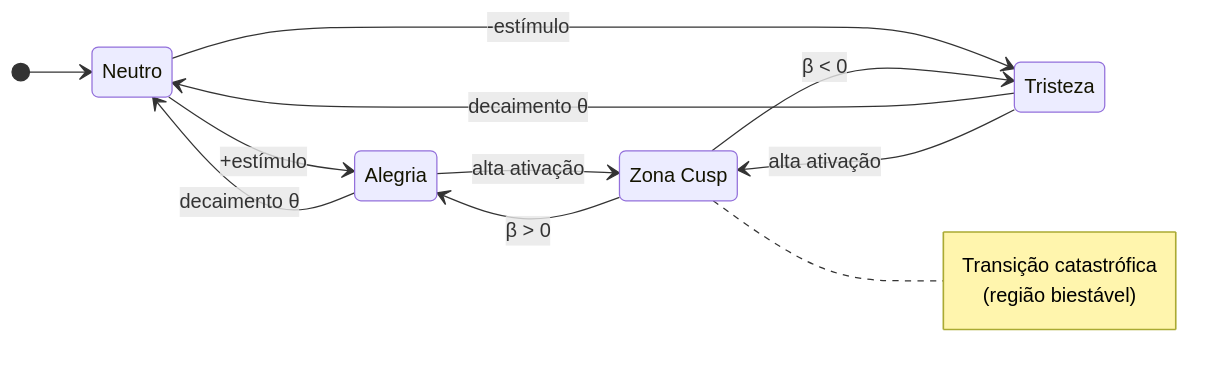
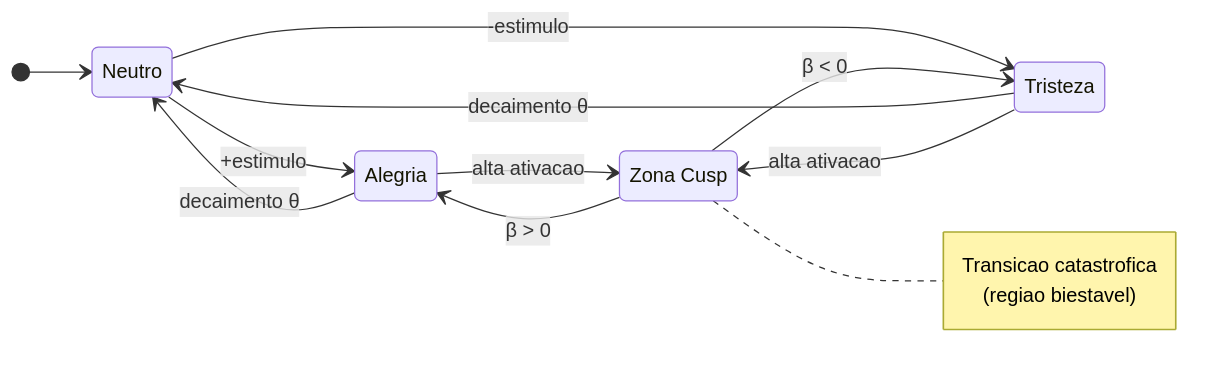
The second of 3 diagrams in docs/pt-br/README.md (gabrielmaialva33/viva), drawn with Mermaid before and after one commit. The commit also changed other lines of this file and 4 other files, not shown here.

````diff
--- a/docs/pt-br/README.md
+++ b/docs/pt-br/README.md
@@ -124,21 +129,21 @@
 ```mermaid
 stateDiagram-v2
     direction LR
     [*] --> Neutro
 
-    Neutro --> Alegria: +estímulo
-    Neutro --> Tristeza: -estímulo
+    Neutro --> Alegria: +estimulo
+    Neutro --> Tristeza: -estimulo
     Alegria --> Neutro: decaimento θ
     Tristeza --> Neutro: decaimento θ
 
     state "Zona Cusp" as Cusp
-    Alegria --> Cusp: alta ativação
-    Tristeza --> Cusp: alta ativação
+    Alegria --> Cusp: alta ativacao
+    Tristeza --> Cusp: alta ativacao
     Cusp --> Alegria: β > 0
     Cusp --> Tristeza: β < 0
 
     note right of Cusp
-        Transição catastrófica
-        (região biestável)
+        Transicao catastrofica
+        (regiao biestavel)
     end note
 ```
````
